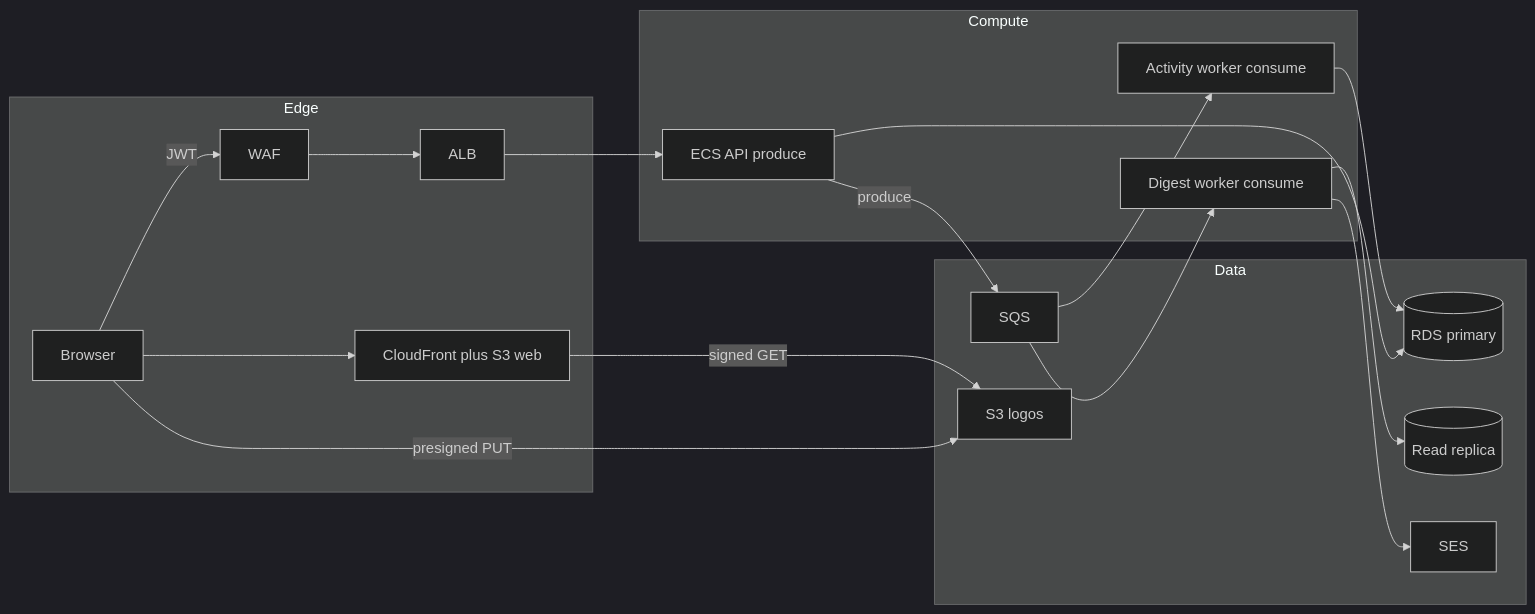
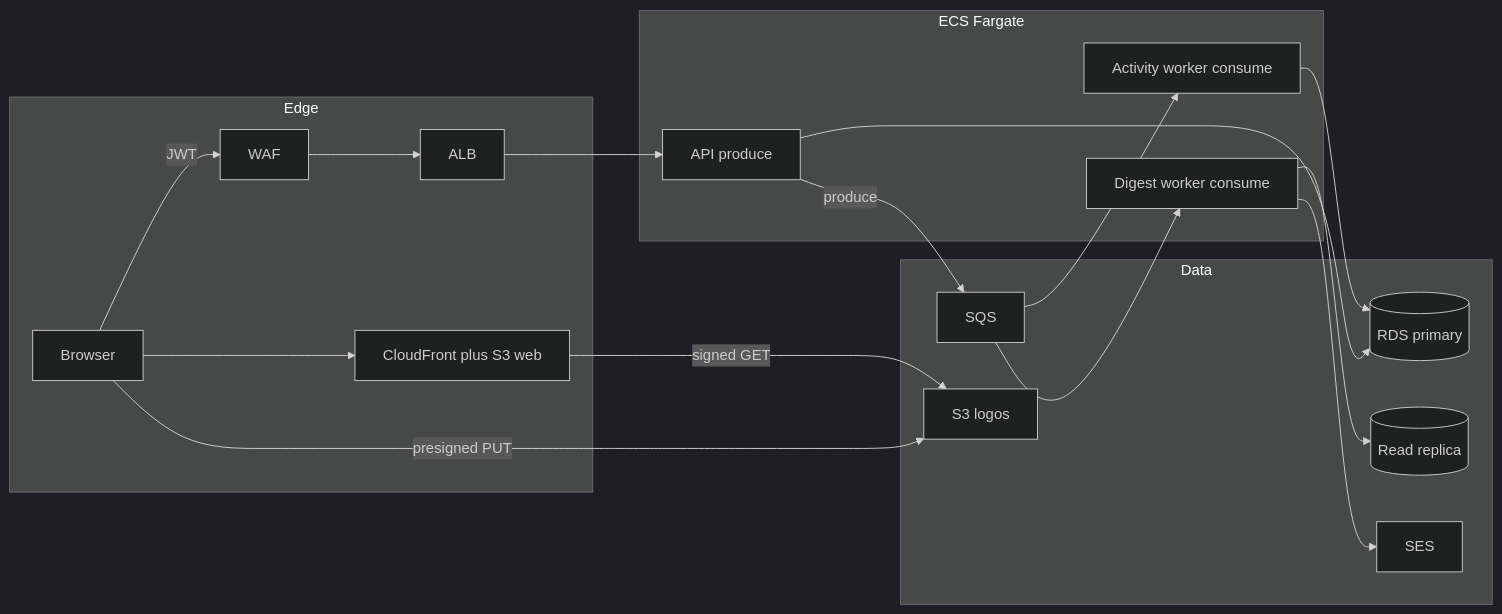
Before and after one commit to mashaole/multitenant: the first of 8 diagrams in docs/flows.md, drawn with Mermaid (dark theme).

Commit message:
docs: update ECS Fargate terminology in flows documentation
Replaced "Compute" with "ECS Fargate" in the architecture flowchart for consistency with recent updates and clarified the role of the API in the context of ECS Fargate.

````diff
--- a/docs/flows.md
+++ b/docs/flows.md
@@ -11,32 +11,32 @@
 ```mermaid
 flowchart LR
   subgraph edge [Edge]
     Browser[Browser]
     CF[CloudFront plus S3 web]
     WAF[WAF]
     ALB[ALB]
   end
-  subgraph compute [Compute]
-    API[ECS API produce]
+  subgraph compute [ECS Fargate]
+    API[API produce]
     ActW[Activity worker consume]
     DigW[Digest worker consume]
   end
   subgraph data [Data]
     RDS[(RDS primary)]
     Replica[(Read replica)]
     SQS[SQS]
     SES[SES]
     Logos[S3 logos]
   end
   Browser --> CF
   Browser -->|JWT| WAF --> ALB --> API
   Browser -->|presigned PUT| Logos
   CF -->|signed GET| Logos
   API --> RDS
   API -->|produce| SQS
   SQS --> ActW
   SQS --> DigW
   ActW --> RDS
   DigW --> Replica
   DigW --> SES
 ```
````
